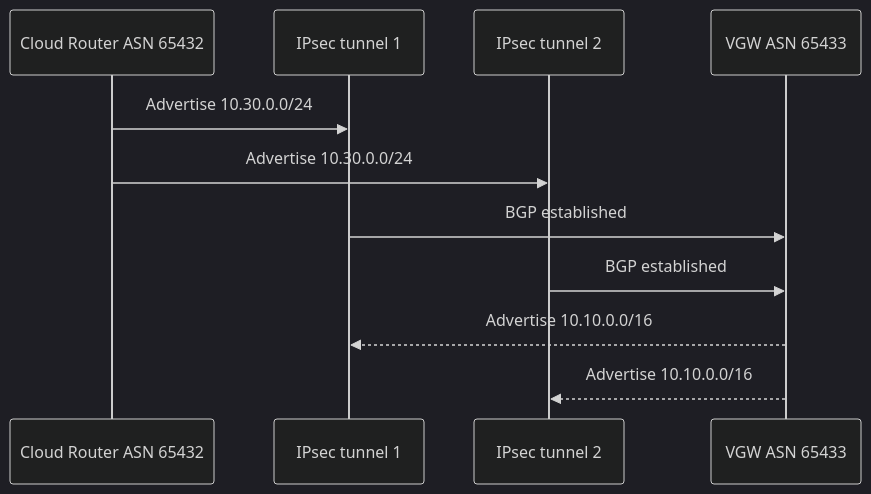
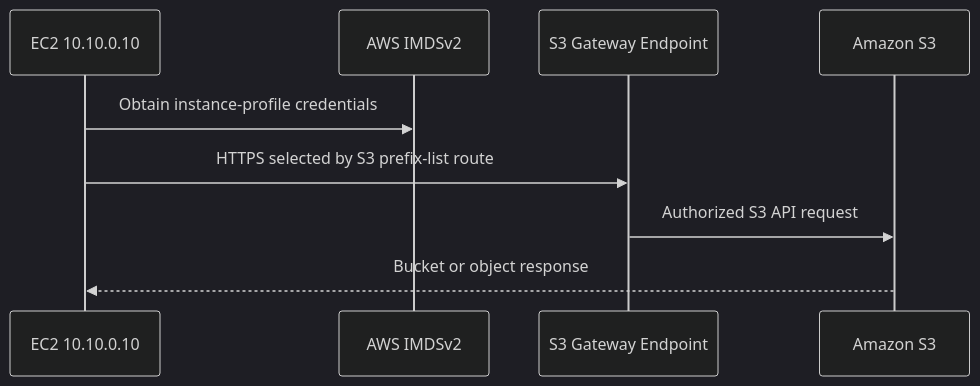
The third of 5 diagrams in docs/architecture.md (PFeynman/multicloud-lab), drawn with Mermaid (dark theme) before and after one commit. The commit also changed other lines of this file and 9 other files, not shown here.

````diff
--- a/docs/architecture.md
+++ b/docs/architecture.md
@@ -146,13 +99,11 @@
 ```mermaid
 sequenceDiagram
-  participant GCP as Cloud Router ASN 65432
-  participant T1 as IPsec tunnel 1
-  participant T2 as IPsec tunnel 2
-  participant AWS as VGW ASN 65433
-  GCP->>T1: Advertise 10.30.0.0/24
-  GCP->>T2: Advertise 10.30.0.0/24
-  T1->>AWS: BGP established
-  T2->>AWS: BGP established
-  AWS-->>T1: Advertise 10.10.0.0/16
-  AWS-->>T2: Advertise 10.10.0.0/16
+  participant EC2 as EC2 10.10.0.10
+  participant IMDS as AWS IMDSv2
+  participant GW as S3 Gateway Endpoint
+  participant S3 as Amazon S3
+  EC2->>IMDS: Obtain instance-profile credentials
+  EC2->>GW: HTTPS selected by S3 prefix-list route
+  GW->>S3: Authorized S3 API request
+  S3-->>EC2: Bucket or object response
 ```
````
